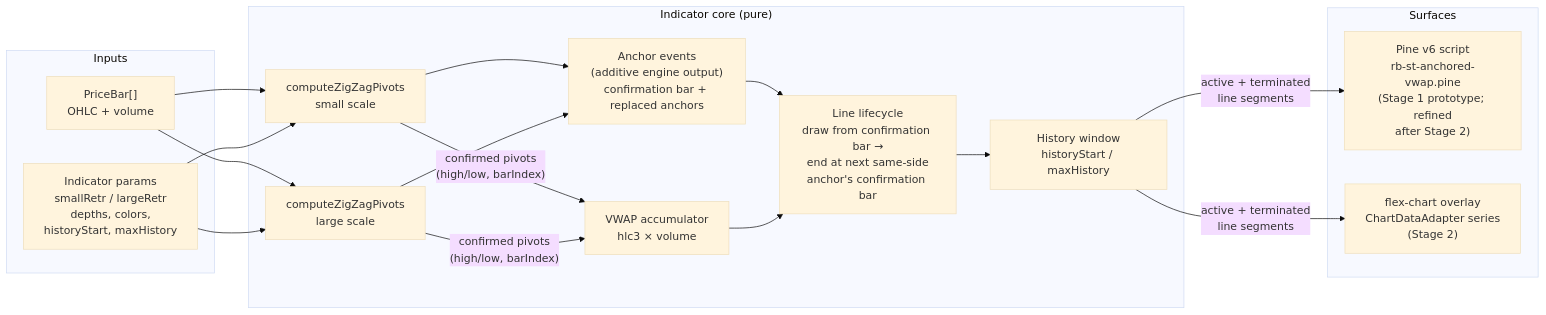
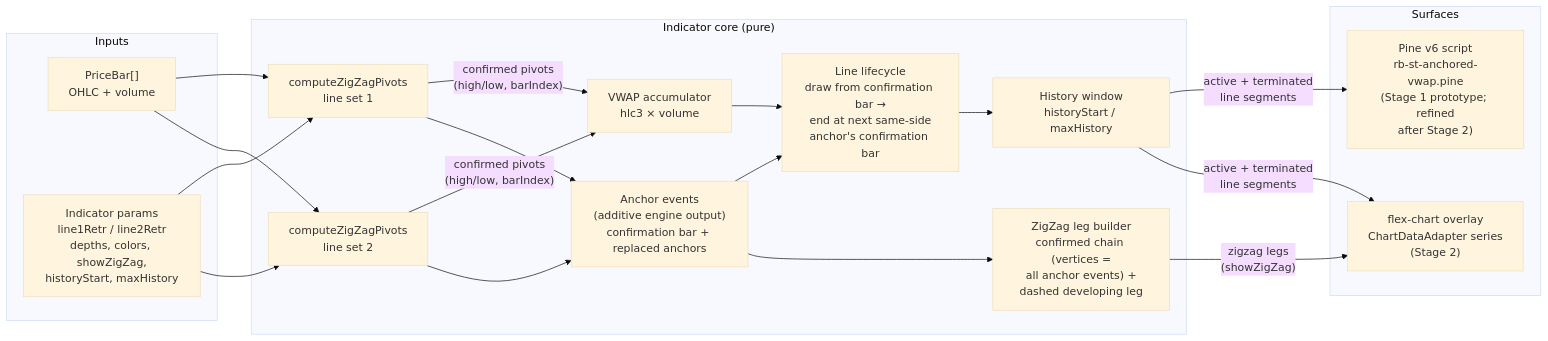
The diagram in docs/topics/261-indicator-lib/261-835-836-PRD-INDICATOR-LIB-indicator-lib-st-anchored-vwap.md (rinebob/rel-str), drawn with Mermaid (base theme) before and after one commit. The commit also changed other lines of this file and 2 other files, not shown here.

First line of the commit message:
261-945_DOCS-INDICATOR-LIB: PRD/IMPL/TEST sync — surviving-anchor leg overlay

````diff
--- a/docs/topics/261-indicator-lib/261-835-836-PRD-INDICATOR-LIB-indicator-lib-st-anchored-vwap.md
+++ b/docs/topics/261-indicator-lib/261-835-836-PRD-INDICATOR-LIB-indicator-lib-st-anchored-vwap.md
@@ -138,29 +149,32 @@
 ```mermaid
 flowchart LR
     subgraph Inputs
         BARS["PriceBar[]<br/>OHLC + volume"]
-        PARAMS["Indicator params<br/>smallRetr / largeRetr<br/>depths, colors,<br/>historyStart, maxHistory"]
+        PARAMS["Indicator params<br/>line1Retr / line2Retr<br/>depths, colors, showZigZag,<br/>historyStart, maxHistory"]
     end
 
     subgraph Engine["Indicator core (pure)"]
-        ZZ1["computeZigZagPivots<br/>small scale"]
-        ZZ2["computeZigZagPivots<br/>large scale"]
+        ZZ1["computeZigZagPivots<br/>line set 1"]
+        ZZ2["computeZigZagPivots<br/>line set 2"]
         ACC["VWAP accumulator<br/>hlc3 × volume"]
         EVT["Anchor events<br/>(additive engine output)<br/>confirmation bar + replaced anchors"]
         LIFE["Line lifecycle<br/>draw from confirmation bar →<br/>end at next same-side<br/>anchor's confirmation bar"]
         WIN["History window<br/>historyStart / maxHistory"]
+        LEGS["ZigZag leg builder<br/>confirmed chain (vertices =<br/>all anchor events) +<br/>dashed developing leg"]
     end
 
     subgraph Surfaces
         PINE["Pine v6 script<br/>rb-st-anchored-vwap.pine<br/>(Stage 1 prototype; refined<br/>after Stage 2)"]
         WEB["flex-chart overlay<br/>ChartDataAdapter series<br/>(Stage 2)"]
     end
 
     BARS --> ZZ1 & ZZ2
     PARAMS --> ZZ1 & ZZ2
     ZZ1 & ZZ2 -->|"confirmed pivots<br/>(high/low, barIndex)"| ACC
     ZZ1 & ZZ2 --> EVT
     EVT --> LIFE
     ACC --> LIFE --> WIN
+    EVT --> LEGS
     WIN -->|"active + terminated<br/>line segments"| PINE & WEB
+    LEGS -->|"zigzag legs<br/>(showZigZag)"| WEB
 ```
````
